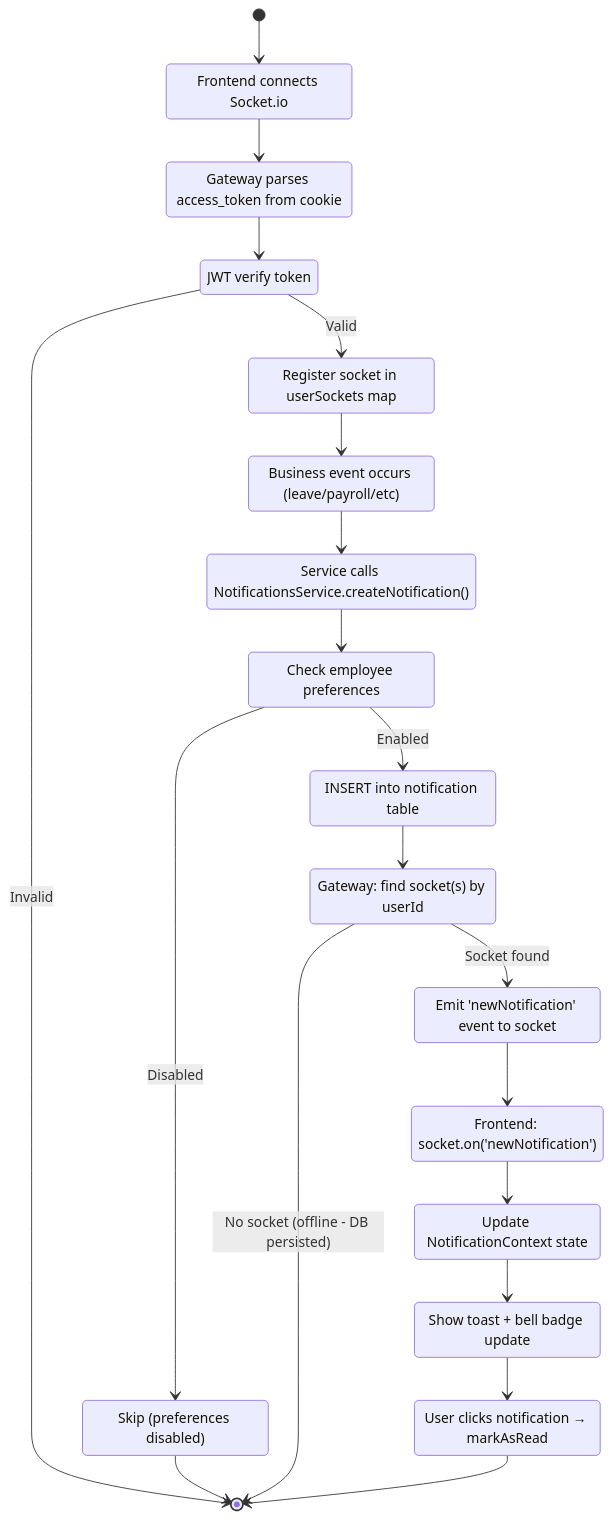
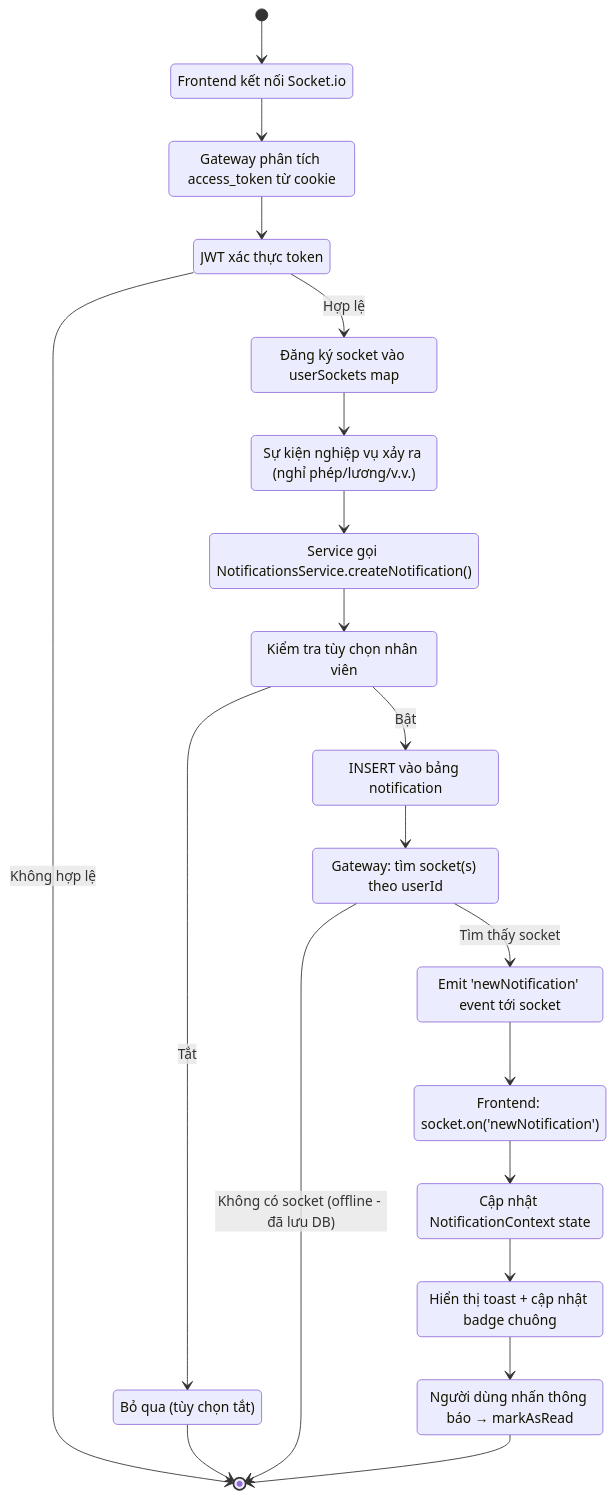
Before and after one commit to Luo-Zhii/HRM-Gene: the sixth of 16 diagrams in docs/activity-diagram.md, drawn with Mermaid. The commit also changed other lines of this file and 3 other files, not shown here.

````diff
--- a/docs/activity-diagram.md
+++ b/docs/activity-diagram.md
@@ -232,39 +269,39 @@
 ```mermaid
 stateDiagram-v2
-    state "Frontend connects Socket.io" as connect
-    state "Gateway parses access_token from cookie" as parse_cookie
-    state "JWT verify token" as verify_jwt
-    state "Register socket in userSockets map" as register
-    state "Business event occurs (leave/payroll/etc)" as event
-    state "Service calls NotificationsService.createNotification()" as create_notif
-    state "Check employee preferences" as check_prefs
-    state "Skip (preferences disabled)" as skip
-    state "INSERT into notification table" as insert_db
-    state "Gateway: find socket(s) by userId" as find_socket
-    state "Emit 'newNotification' event to socket" as emit
+    state "Frontend kết nối Socket.io" as connect
+    state "Gateway phân tích access_token từ cookie" as parse_cookie
+    state "JWT xác thực token" as verify_jwt
+    state "Đăng ký socket vào userSockets map" as register
+    state "Sự kiện nghiệp vụ xảy ra (nghỉ phép/lương/v.v.)" as event
+    state "Service gọi NotificationsService.createNotification()" as create_notif
+    state "Kiểm tra tùy chọn nhân viên" as check_prefs
+    state "Bỏ qua (tùy chọn tắt)" as skip
+    state "INSERT vào bảng notification" as insert_db
+    state "Gateway: tìm socket(s) theo userId" as find_socket
+    state "Emit 'newNotification' event tới socket" as emit
     state "Frontend: socket.on('newNotification')" as receive
-    state "Update NotificationContext state" as update_state
-    state "Show toast + bell badge update" as show_toast
-    state "User clicks notification → markAsRead" as mark_read
+    state "Cập nhật NotificationContext state" as update_state
+    state "Hiển thị toast + cập nhật badge chuông" as show_toast
+    state "Người dùng nhấn thông báo → markAsRead" as mark_read
 
     [*] --> connect
     connect --> parse_cookie
     parse_cookie --> verify_jwt
-    verify_jwt --> register : Valid
-    verify_jwt --> [*] : Invalid
+    verify_jwt --> register : Hợp lệ
+    verify_jwt --> [*] : Không hợp lệ
     register --> event
-    
+
     event --> create_notif
     create_notif --> check_prefs
-    check_prefs --> skip : Disabled
-    check_prefs --> insert_db : Enabled
+    check_prefs --> skip : Tắt
+    check_prefs --> insert_db : Bật
     skip --> [*]
     insert_db --> find_socket
-    find_socket --> emit : Socket found
-    find_socket --> [*] : No socket (offline - DB persisted)
+    find_socket --> emit : Tìm thấy socket
+    find_socket --> [*] : Không có socket (offline - đã lưu DB)
     emit --> receive
     receive --> update_state
     update_state --> show_toast
     show_toast --> mark_read
     mark_read --> [*]
 ```
````
